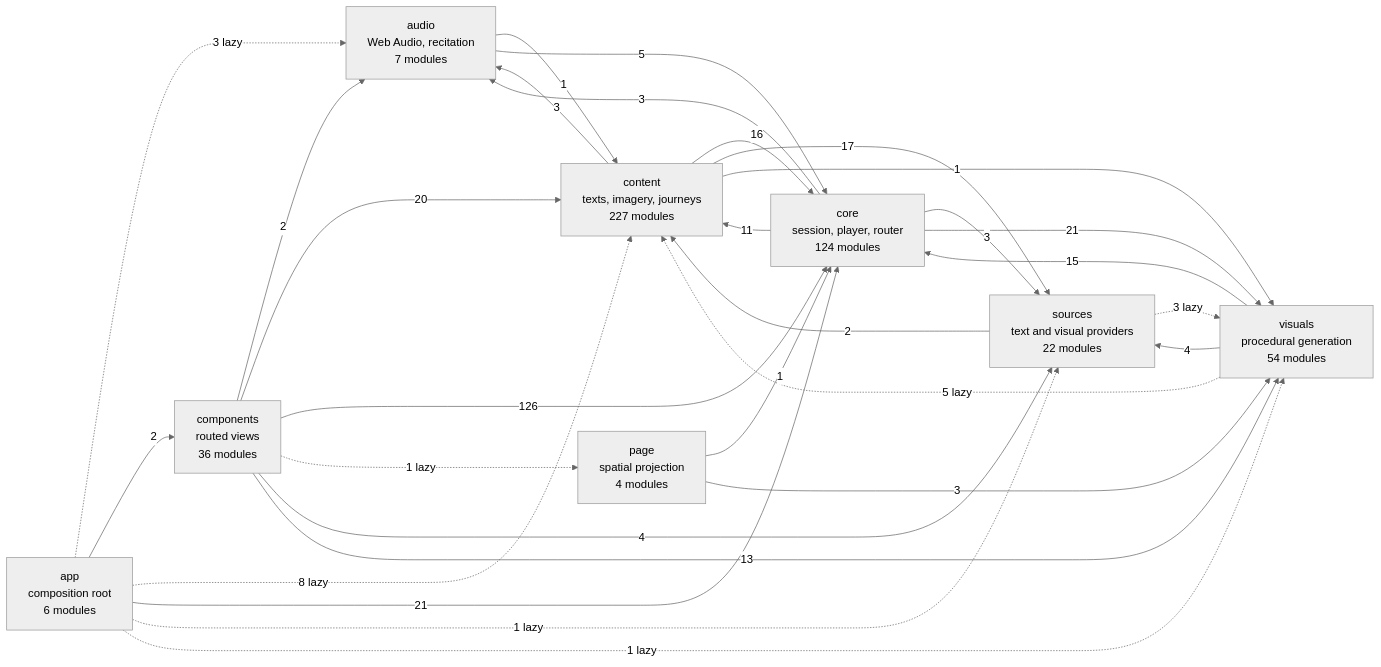
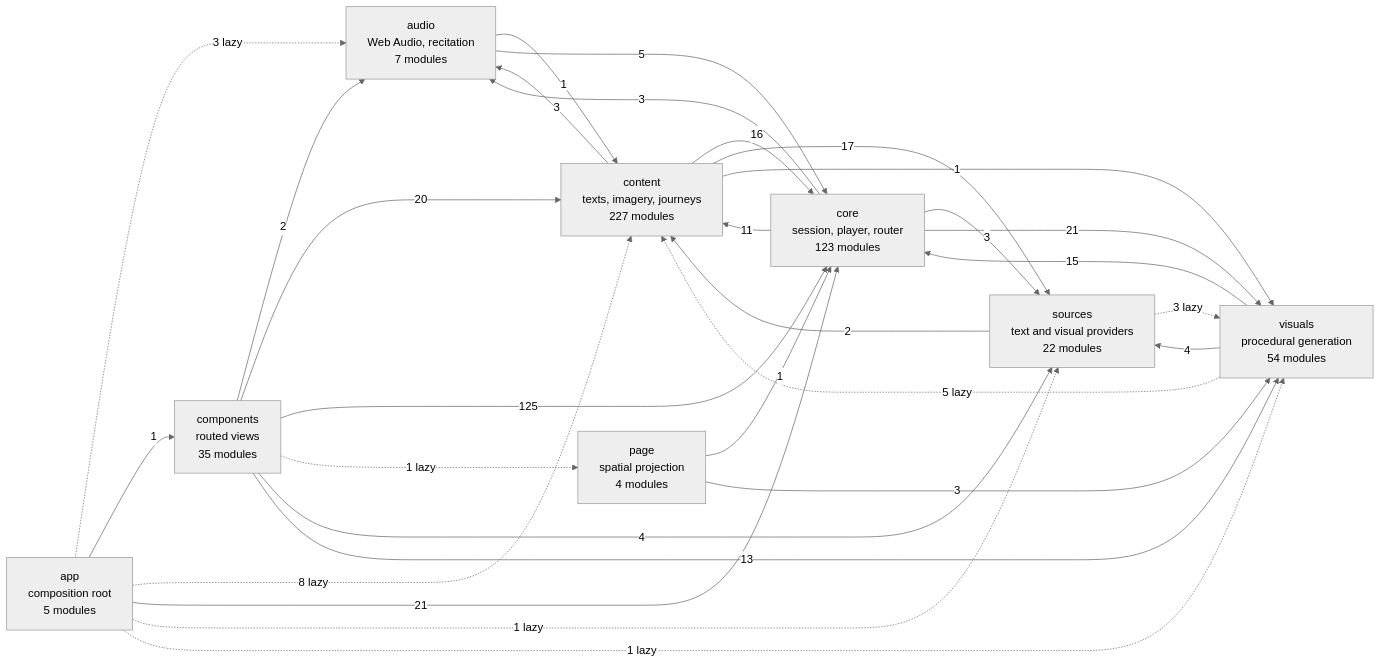
Before and after one commit to SyberLabs/RISE: the diagram in docs/specs/ARCHITECTURE.md, drawn with Mermaid (neutral theme).

Commit message:
Refresh generated architecture diagram

````diff
--- a/docs/specs/ARCHITECTURE.md
+++ b/docs/specs/ARCHITECTURE.md
@@ -153,41 +153,41 @@
 ```mermaid
 flowchart LR
-    app["app<br/>composition root<br/>6 modules"]
+    app["app<br/>composition root<br/>5 modules"]
     audio["audio<br/>Web Audio, recitation<br/>7 modules"]
-    components["components<br/>routed views<br/>36 modules"]
+    components["components<br/>routed views<br/>35 modules"]
     content["content<br/>texts, imagery, journeys<br/>227 modules"]
-    core["core<br/>session, player, router<br/>124 modules"]
+    core["core<br/>session, player, router<br/>123 modules"]
     page["page<br/>spatial projection<br/>4 modules"]
     sources["sources<br/>text and visual providers<br/>22 modules"]
     visuals["visuals<br/>procedural generation<br/>54 modules"]
 
     app -.-> |3 lazy| audio
-    app --> |2| components
+    app --> |1| components
     app -.-> |8 lazy| content
     app --> |21| core
     app -.-> |1 lazy| sources
     app -.-> |1 lazy| visuals
     audio --> |1| content
     audio --> |5| core
     components --> |2| audio
     components --> |20| content
-    components --> |126| core
+    components --> |125| core
     components -.-> |1 lazy| page
     components --> |4| sources
     components --> |13| visuals
     content --> |3| audio
     content --> |16| core
     content --> |17| sources
     content --> |1| visuals
     core --> |3| audio
     core --> |11| content
     core --> |3| sources
     core --> |21| visuals
     page --> |1| core
     page --> |3| visuals
     sources --> |2| content
     sources -.-> |3 lazy| visuals
     visuals -.-> |5 lazy| content
     visuals --> |15| core
     visuals --> |4| sources
 ```
````
